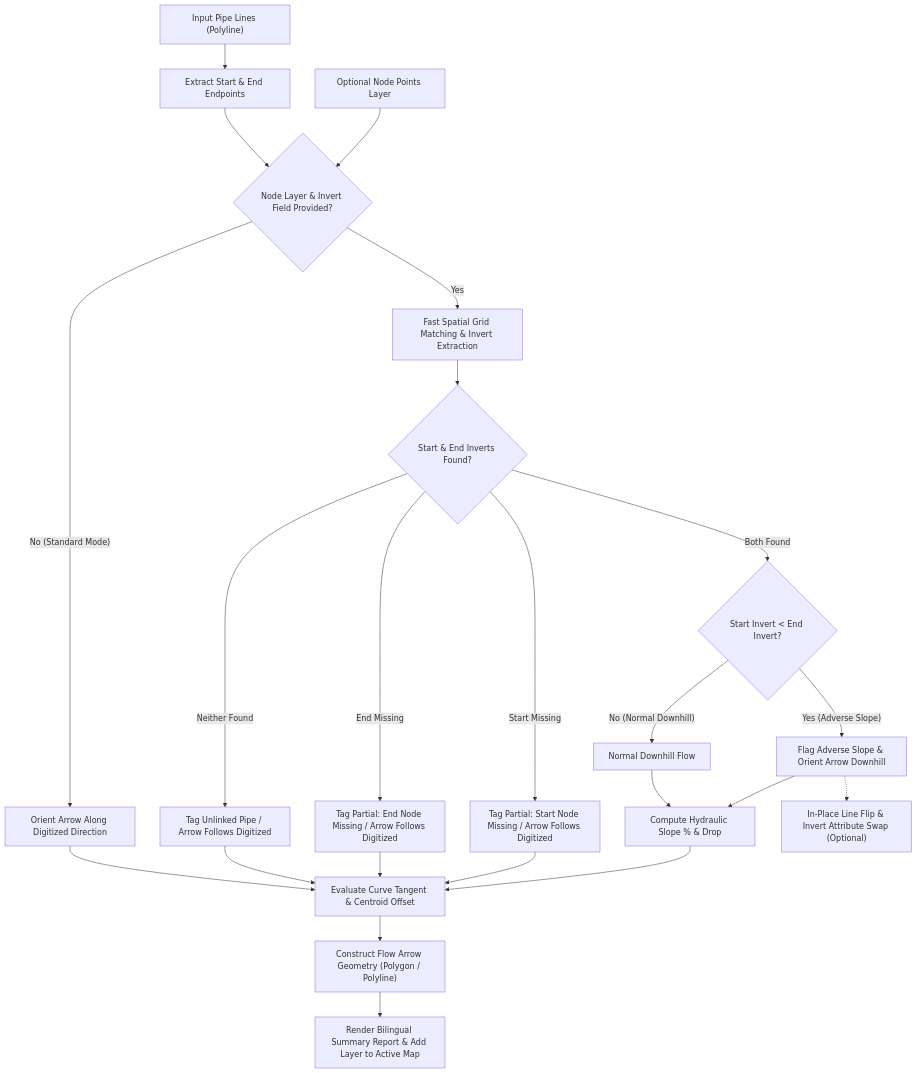
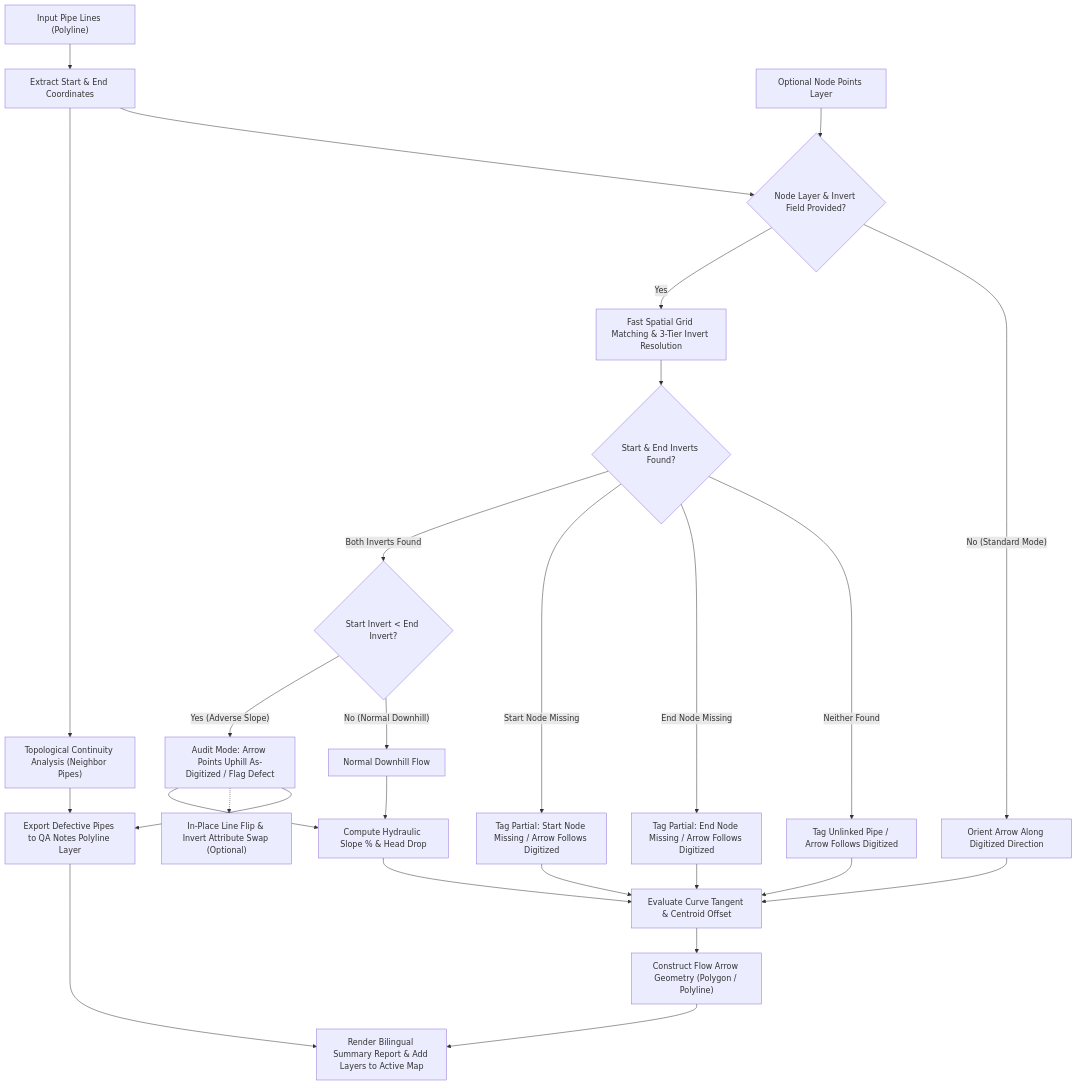
The diagram in README.md (ahmadibrahim4geo/Create-FlowArrow-Tool), drawn with Mermaid before and after one commit. The commit also changed other lines of this file and 3 other files, not shown here.

Commit message:
feat(v3.0): add audit mode, topological continuity checks, and QA notes layer

````diff
--- a/README.md
+++ b/README.md
@@ -101,25 +109,29 @@
 ```mermaid
 flowchart TD
-    A["Input Pipe Lines (Polyline)"] --> B["Extract Start & End Endpoints"]
+    A["Input Pipe Lines (Polyline)"] --> B["Extract Start & End Coordinates"]
+    B --> TOPO["Topological Continuity Analysis (Neighbor Pipes)"]
     NP["Optional Node Points Layer"] --> C{"Node Layer & Invert Field Provided?"}
     B --> C
-    C -- "Yes" --> D["Fast Spatial Grid Matching & Invert Extraction"]
+    C -- "Yes" --> D["Fast Spatial Grid Matching & 3-Tier Invert Resolution"]
     D --> E{"Start & End Inverts Found?"}
-    E -- "Both Found" --> F{"Start Invert < End Invert?"}
-    F -- "Yes (Adverse Slope)" --> G["Flag Adverse Slope & Orient Arrow Downhill"]
+    E -- "Both Inverts Found" --> F{"Start Invert < End Invert?"}
+    F -- "Yes (Adverse Slope)" --> G["Audit Mode: Arrow Points Uphill As-Digitized / Flag Defect"]
     F -- "No (Normal Downhill)" --> H["Normal Downhill Flow"]
-    E -- "Start Missing" --> I["Tag Partial: Start Node Missing / Arrow Follows Digitized"]
-    E -- "End Missing" --> J["Tag Partial: End Node Missing / Arrow Follows Digitized"]
+    E -- "Start Node Missing" --> I["Tag Partial: Start Node Missing / Arrow Follows Digitized"]
+    E -- "End Node Missing" --> J["Tag Partial: End Node Missing / Arrow Follows Digitized"]
     E -- "Neither Found" --> K["Tag Unlinked Pipe / Arrow Follows Digitized"]
     C -- "No (Standard Mode)" --> L["Orient Arrow Along Digitized Direction"]
-    G --> M["Compute Hydraulic Slope % & Drop"]
+    G --> M["Compute Hydraulic Slope % & Head Drop"]
     H --> M
     M --> N["Evaluate Curve Tangent & Centroid Offset"]
     I --> N
     J --> N
     K --> N
     L --> N
     N --> O["Construct Flow Arrow Geometry (Polygon / Polyline)"]
     G -.-> P["In-Place Line Flip & Invert Attribute Swap (Optional)"]
-    O --> Q["Render Bilingual Summary Report & Add Layer to Active Map"]
+    G --> QA["Export Defective Pipes to QA Notes Polyline Layer"]
+    TOPO --> QA
+    O --> R["Render Bilingual Summary Report & Add Layers to Active Map"]
+    QA --> R
 ```
````
